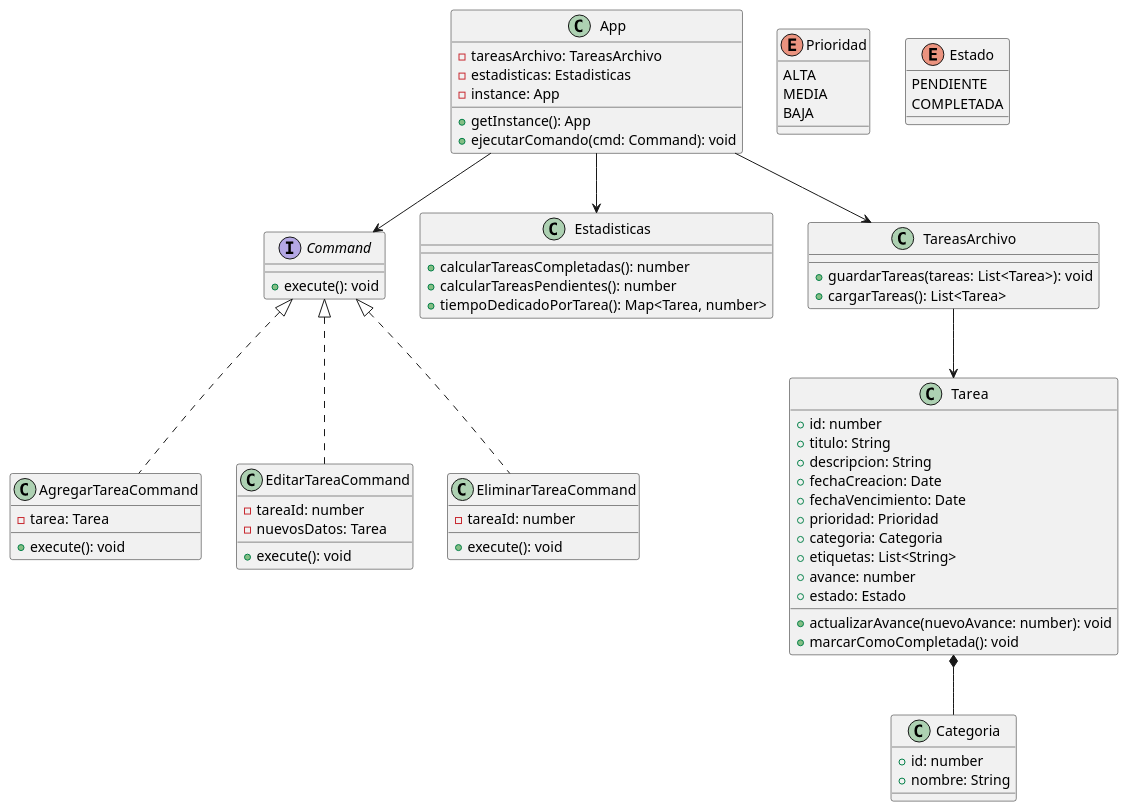
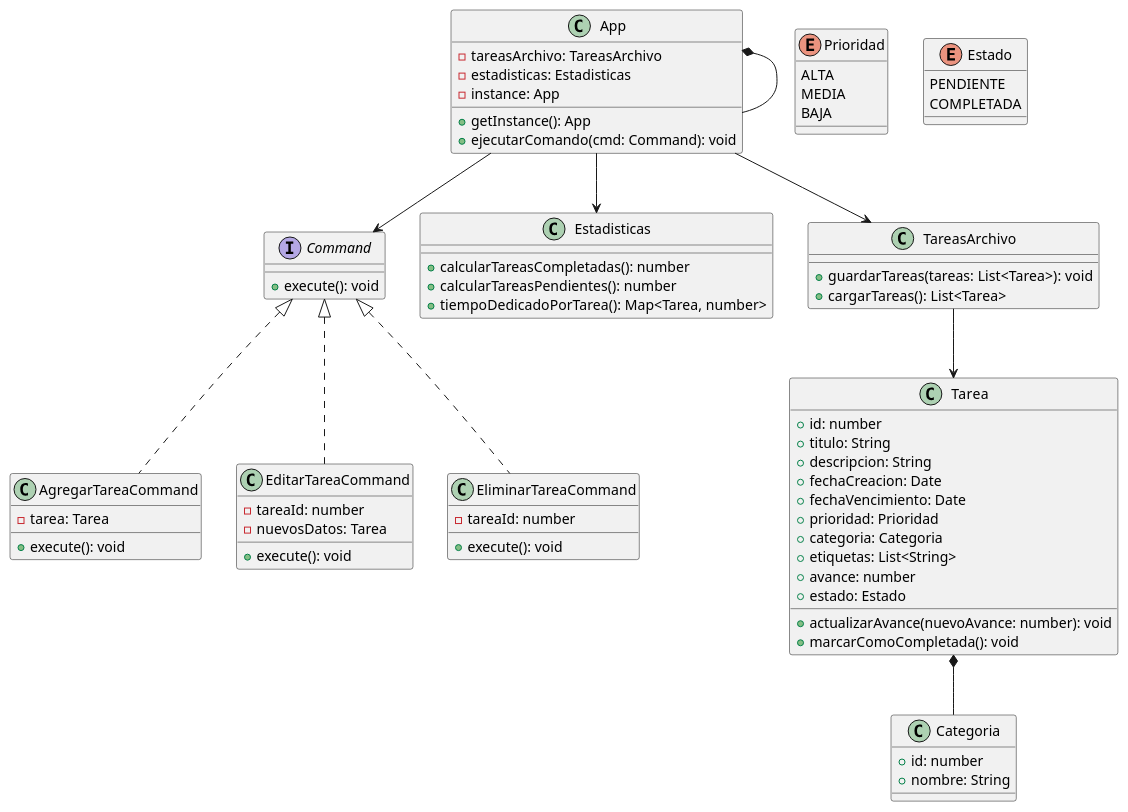
Before and after one commit to jonimarqu/utn_todo-list: the diagram in docs/diagramaClases.puml, drawn with PlantUML.

Commit message:
App compuesta por App

```diff
--- a/docs/diagramaClases.puml
+++ b/docs/diagramaClases.puml
@@ -1,89 +1,90 @@
 @startuml ToDo
 
 class App {
 	-tareasArchivo: TareasArchivo
 	-estadisticas: Estadisticas
 	-instance: App
 
 	+getInstance(): App
 	+ejecutarComando(cmd: Command): void
 }
 
 interface Command {
 	+execute(): void
 }
 
 class AgregarTareaCommand {
 	-tarea: Tarea
 	+execute(): void
 }
 
 class EditarTareaCommand {
 	-tareaId: number
 	-nuevosDatos: Tarea
 	+execute(): void
 }
 
 class EliminarTareaCommand {
 	-tareaId: number
 	+execute(): void
 }
 
 class Tarea {
 	+id: number
 	+titulo: String
 	+descripcion: String
 	+fechaCreacion: Date
 	+fechaVencimiento: Date
 	+prioridad: Prioridad
 	+categoria: Categoria
 	+etiquetas: List<String>
 	+avance: number
 	+estado: Estado
 
 	+actualizarAvance(nuevoAvance: number): void
 	+marcarComoCompletada(): void
 }
 
 enum Prioridad {
 	ALTA
 	MEDIA
 	BAJA
 }
 
 enum Estado {
 	PENDIENTE
 	COMPLETADA
 }
 
 class Categoria {
 	+id: number
 	+nombre: String
 }
 
 class Estadisticas {
 	+calcularTareasCompletadas(): number
 	+calcularTareasPendientes(): number
 	+tiempoDedicadoPorTarea(): Map<Tarea, number>
 }
 
 class TareasArchivo {
 	+guardarTareas(tareas: List<Tarea>): void
 	+cargarTareas(): List<Tarea>
 }
 
 'uso
 App --> Estadisticas
 App --> TareasArchivo
 App --> Command
 TareasArchivo --> Tarea
 
 'herencia
 Command <|.. AgregarTareaCommand
 Command <|.. EditarTareaCommand
 Command <|.. EliminarTareaCommand
 
 'composition
+App *-- App
 Tarea *-- Categoria
 
 @enduml
```
